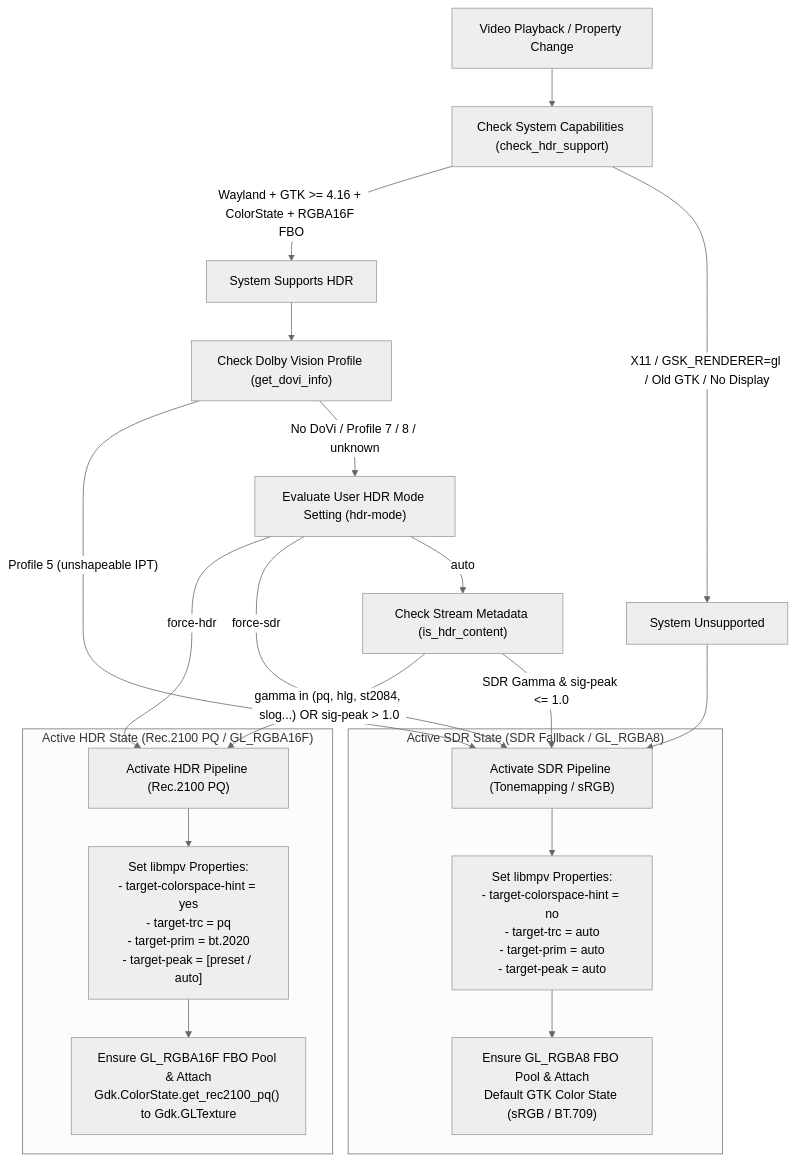
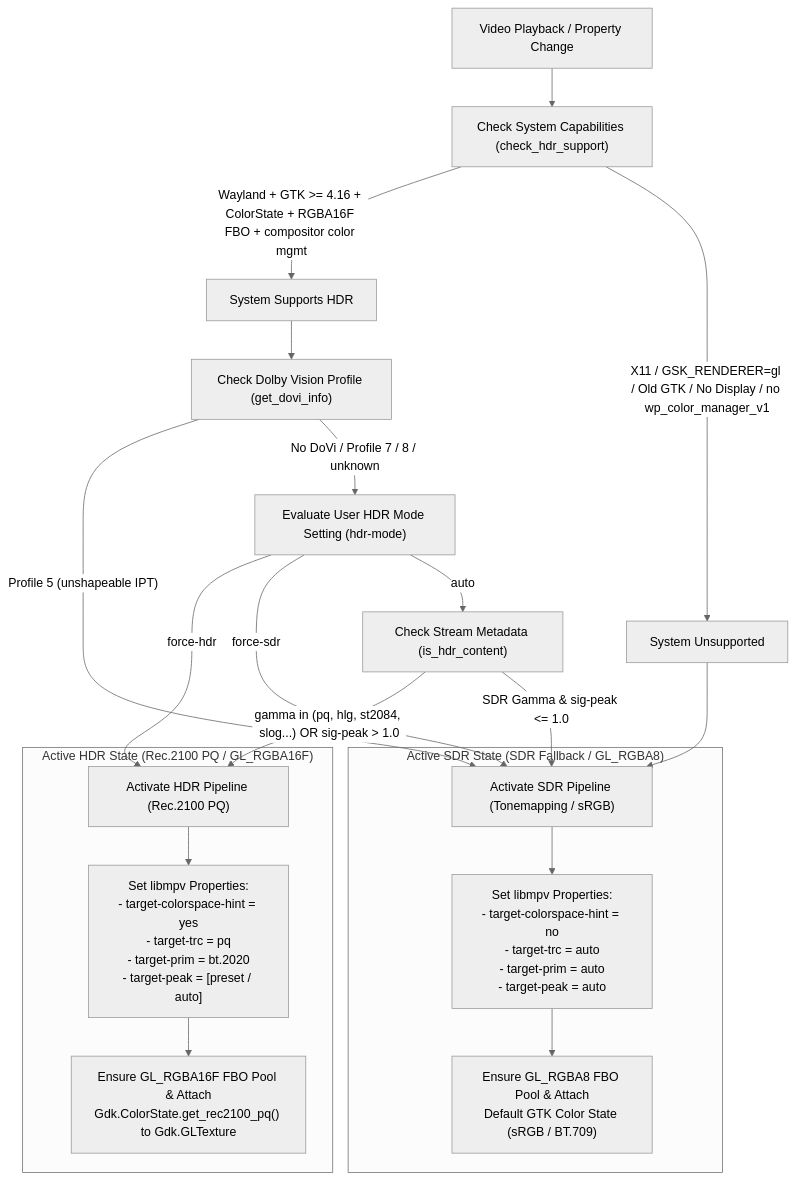
One commit to rusmikev/CineHDR changed the second of 2 diagrams in docs/HDR.md. Above: the diagram before and after it, drawn with Mermaid (neutral theme). The commit also changed other lines of this file and 8 other files, not shown here.

````diff
--- a/docs/HDR.md
+++ b/docs/HDR.md
@@ -56,30 +56,30 @@
 ```mermaid
 flowchart TD
     Start["Video Playback / Property Change"] --> CheckSupport["Check System Capabilities (check_hdr_support)"]
     
-    CheckSupport -->|"Wayland + GTK >= 4.16 + ColorState + RGBA16F FBO"| SystemSupported["System Supports HDR"]
-    CheckSupport -->|"X11 / GSK_RENDERER=gl / Old GTK / No Display"| SystemUnsupported["System Unsupported"]
+    CheckSupport -->|"Wayland + GTK >= 4.16 + ColorState + RGBA16F FBO + compositor color mgmt"| SystemSupported["System Supports HDR"]
+    CheckSupport -->|"X11 / GSK_RENDERER=gl / Old GTK / No Display / no wp_color_manager_v1"| SystemUnsupported["System Unsupported"]
 
     SystemSupported --> DoViGate["Check Dolby Vision Profile (get_dovi_info)"]
     DoViGate -->|"Profile 5 (unshapeable IPT)"| ApplySDR
     DoViGate -->|"No DoVi / Profile 7 / 8 / unknown"| Mode["Evaluate User HDR Mode Setting (hdr-mode)"]
     
     Mode -->|"force-hdr"| ApplyHDR["Activate HDR Pipeline (Rec.2100 PQ)"]
     Mode -->|"force-sdr"| ApplySDR["Activate SDR Pipeline (Tonemapping / sRGB)"]
     Mode -->|"auto"| CheckContent["Check Stream Metadata (is_hdr_content)"]
 
     CheckContent -->|"gamma in (pq, hlg, st2084, slog...) OR sig-peak > 1.0"| ApplyHDR
     CheckContent -->|"SDR Gamma & sig-peak <= 1.0"| ApplySDR
 
     SystemUnsupported --> ApplySDR
 
     subgraph HDR_Active ["Active HDR State (Rec.2100 PQ / GL_RGBA16F)"]
         ApplyHDR --> MPVProps["Set libmpv Properties:\n- target-colorspace-hint = yes\n- target-trc = pq\n- target-prim = bt.2020\n- target-peak = [preset / auto]"]
         MPVProps --> TextureState["Ensure GL_RGBA16F FBO Pool & Attach\nGdk.ColorState.get_rec2100_pq() to Gdk.GLTexture"]
     end
 
     subgraph SDR_Active ["Active SDR State (SDR Fallback / GL_RGBA8)"]
         ApplySDR --> MPVPropsSDR["Set libmpv Properties:\n- target-colorspace-hint = no\n- target-trc = auto\n- target-prim = auto\n- target-peak = auto"]
         MPVPropsSDR --> TextureStateSDR["Ensure GL_RGBA8 FBO Pool & Attach\nDefault GTK Color State (sRGB / BT.709)"]
     end
 ```
````
